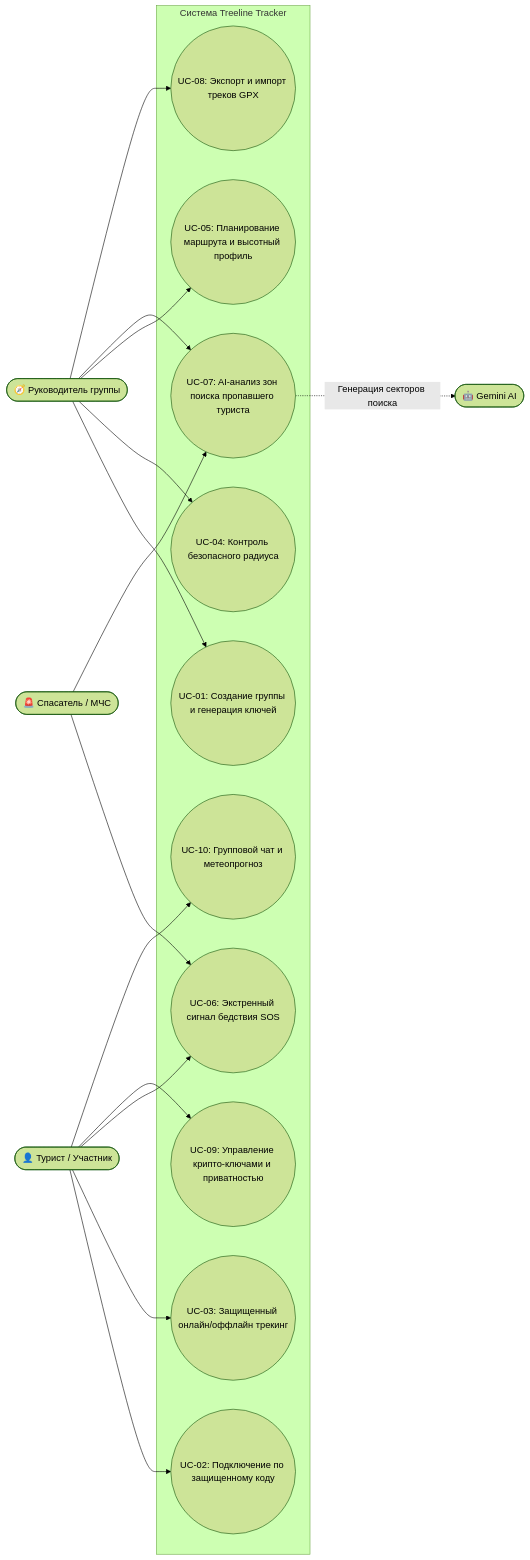
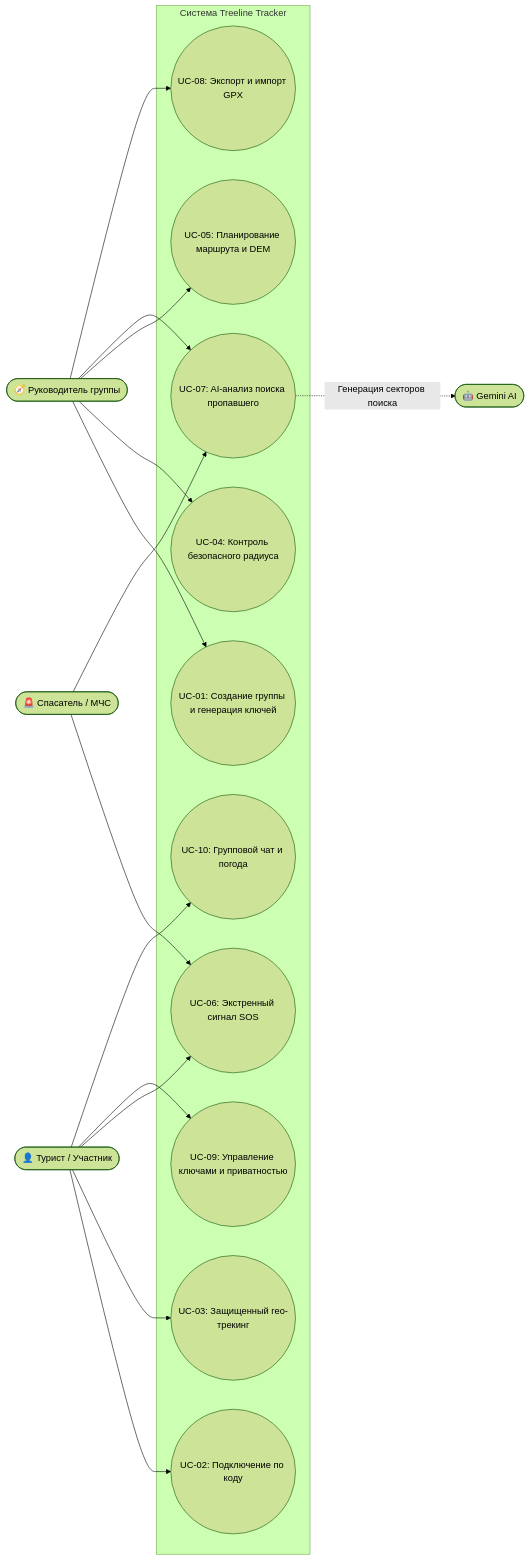
The first of 6 diagrams in docs/01-product/use-cases.md (asakue/Treeline-Tracker), drawn with Mermaid (forest theme) before and after one commit. The commit also changed 2 other files, not shown here.

Commit message:
docs: update Mermaid diagrams
Refine terminology and fix syntax in architectural and use-case documentation for improved consistency and rendering.

````diff
--- a/docs/01-product/use-cases.md
+++ b/docs/01-product/use-cases.md
@@ -10,37 +10,37 @@
 ```mermaid
 graph LR
-    actorUser([👤 Турист / Участник])
-    actorLeader([🧭 Руководитель группы])
-    actorSAR([🚨 Спасатель / МЧС])
-    actorAI([🤖 Gemini AI])
+    actorUser(["👤 Турист / Участник"])
+    actorLeader(["🧭 Руководитель группы"])
+    actorSAR(["🚨 Спасатель / МЧС"])
+    actorAI(["🤖 Gemini AI"])
 
-    subgraph Treeline [Система Treeline Tracker]
-        UC01((UC-01: Создание группы и генерация ключей))
-        UC02((UC-02: Подключение по защищенному коду))
-        UC03((UC-03: Защищенный онлайн/оффлайн трекинг))
-        UC04((UC-04: Контроль безопасного радиуса))
-        UC05((UC-05: Планирование маршрута и высотный профиль))
-        UC06((UC-06: Экстренный сигнал бедствия SOS))
-        UC07((UC-07: AI-анализ зон поиска пропавшего туриста))
-        UC08((UC-08: Экспорт и импорт треков GPX))
-        UC09((UC-09: Управление крипто-ключами и приватностью))
-        UC10((UC-10: Групповой чат и метеопрогноз))
+    subgraph Treeline ["Система Treeline Tracker"]
+        UC01(("UC-01: Создание группы и генерация ключей"))
+        UC02(("UC-02: Подключение по коду"))
+        UC03(("UC-03: Защищенный гео-трекинг"))
+        UC04(("UC-04: Контроль безопасного радиуса"))
+        UC05(("UC-05: Планирование маршрута и DEM"))
+        UC06(("UC-06: Экстренный сигнал SOS"))
+        UC07(("UC-07: AI-анализ поиска пропавшего"))
+        UC08(("UC-08: Экспорт и импорт GPX"))
+        UC09(("UC-09: Управление ключами и приватностью"))
+        UC10(("UC-10: Групповой чат и погода"))
     end
 
     actorLeader --> UC01
     actorLeader --> UC04
     actorLeader --> UC05
     actorLeader --> UC07
     actorLeader --> UC08
 
     actorUser --> UC02
     actorUser --> UC03
     actorUser --> UC06
     actorUser --> UC09
     actorUser --> UC10
 
     actorSAR --> UC06
     actorSAR --> UC07
 
-    UC07 -.->|Генерация секторов поиска| actorAI
+    UC07 -.->|"Генерация секторов поиска"| actorAI
 ```
````
